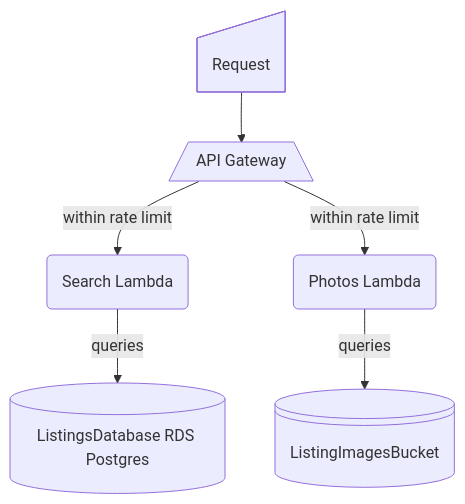
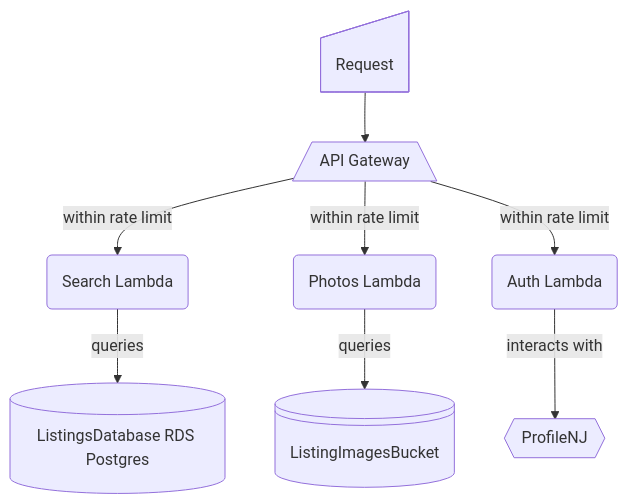
One commit to newjersey/tenant-access changed the second of 2 diagrams in README.md. Above: the diagram before and after it, drawn with Mermaid. The commit also changed other lines of this file, not shown here.

Commit message:
update readme for new lambda and endpoint

````diff
--- a/README.md
+++ b/README.md
@@ -178,15 +178,19 @@
 ```mermaid
 flowchart TD
   A@{ shape: sl-rect, label: "Request" }
   B@{ shape: trapezoid, label: "API Gateway"}
   C@{ shape: rounded, label: "Search Lambda"}
   D@{ shape: cyl, label: "ListingsDatabase RDS Postgres" }
   E@{ shape: rounded, label: "Photos Lambda"}
   F@{ shape: lin-cyl, label: "ListingImagesBucket" }
+  G@{ shape: rounded, label: "Auth Lambda" }
+  H@{ shape: hexagon, label: "ProfileNJ" }
 
   A --> B
   B --> |within rate limit| C
   C --> |queries| D
   B --> |within rate limit| E
   E --> |queries| F
+  B --> |within rate limit| G
+  G --> |interacts with| H
 ```
````
